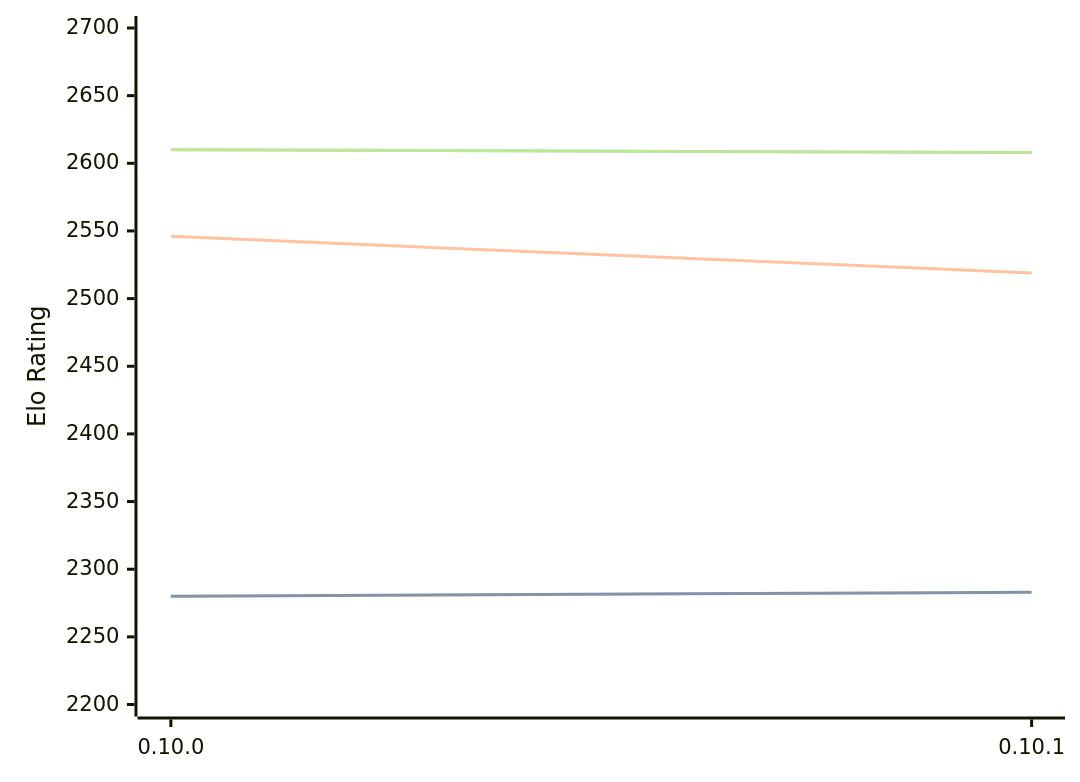
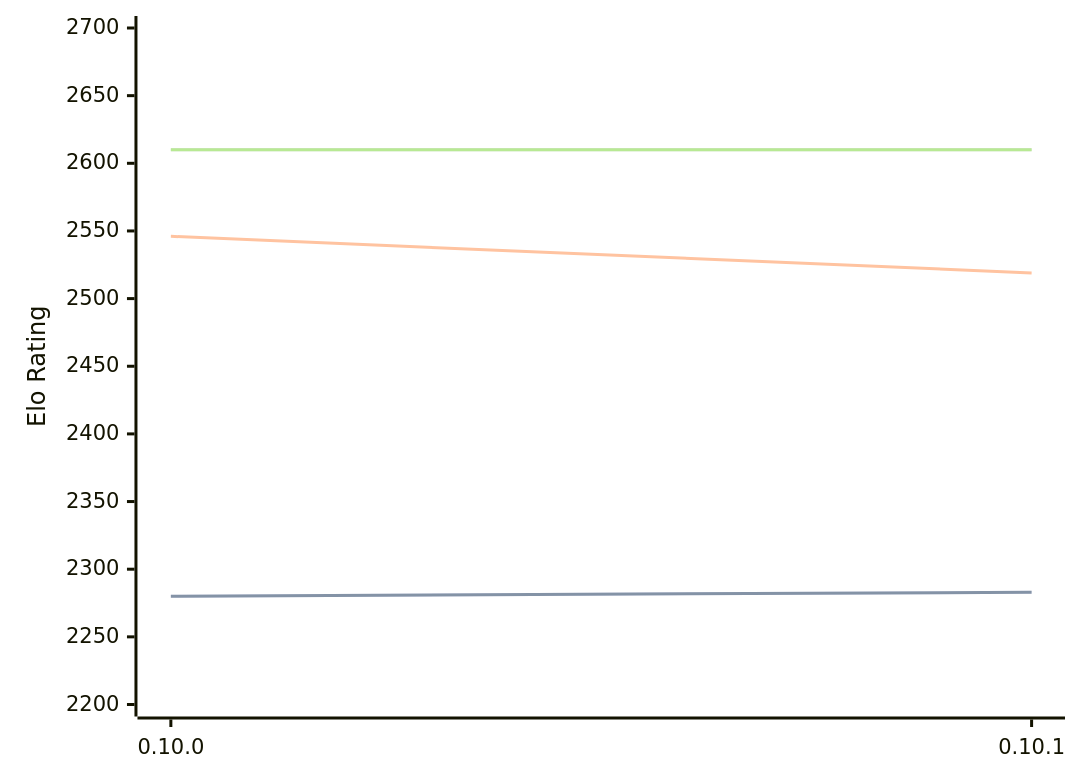
One commit to computer-chess-index/cci changed the diagram in engines/Fatalii.md. Above: the diagram before and after it, drawn with Mermaid. The commit also changed other lines of this file, not shown here.

Commit message:
Update CCI Ratings (ELO VLTC) - 2026-10-08

````diff
--- a/engines/Fatalii.md
+++ b/engines/Fatalii.md
@@ -32,11 +32,11 @@
 ```mermaid
 %%{init: {"theme":"base","themeVariables":{"seriesColors:['#a3a3a3','#222221','#faa371']}}}%%
 xychart-beta
   x-axis ["0.10.0", "0.10.1"]
   y-axis "Elo Rating" 2200 --> 2700
   line "" [2280, 2283]
   line "STC (8.0+0.08s)" [2280, 2283]
   line "LTC (60.0+0.60s)" [2546, 2519]
-  line "" [2610, 2608]
-  line "VLTC (2m24s+1.12s)" [2610, 2608]
+  line "" [2610, 2610]
+  line "VLTC (2m24s+1.12s)" [2610, 2610]
 ```
````
